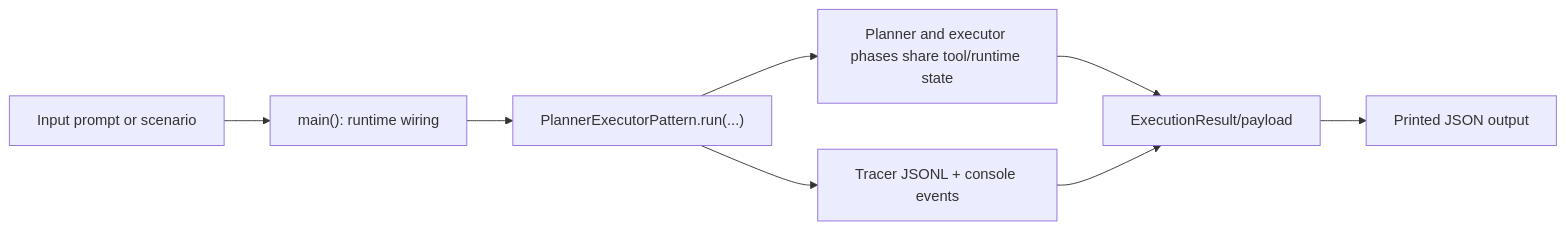
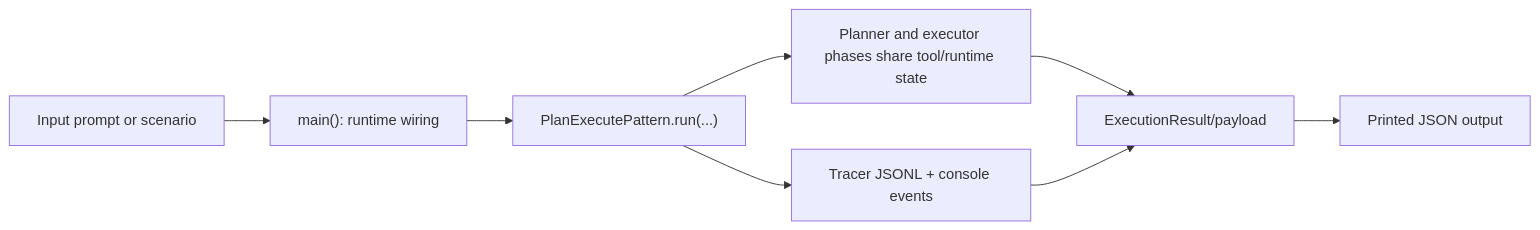
The diagram in docs/examples/patterns/plan_execute.rst (cmudrc/design-research-agents), drawn with Mermaid before and after one commit. The commit also changed other lines of this file and 87 other files, not shown here.

```diff
--- a/docs/examples/patterns/plan_execute.rst
+++ b/docs/examples/patterns/plan_execute.rst
@@ -22,10 +22,10 @@
 .. mermaid::
 
    flowchart LR
        A["Input prompt or scenario"] --> B["main(): runtime wiring"]
-       B --> C["PlannerExecutorPattern.run(...)"]
+       B --> C["PlanExecutePattern.run(...)"]
        C --> D["Planner and executor phases share tool/runtime state"]
        C --> E["Tracer JSONL + console events"]
        D --> F["ExecutionResult/payload"]
        E --> F
        F --> G["Printed JSON output"]
```
